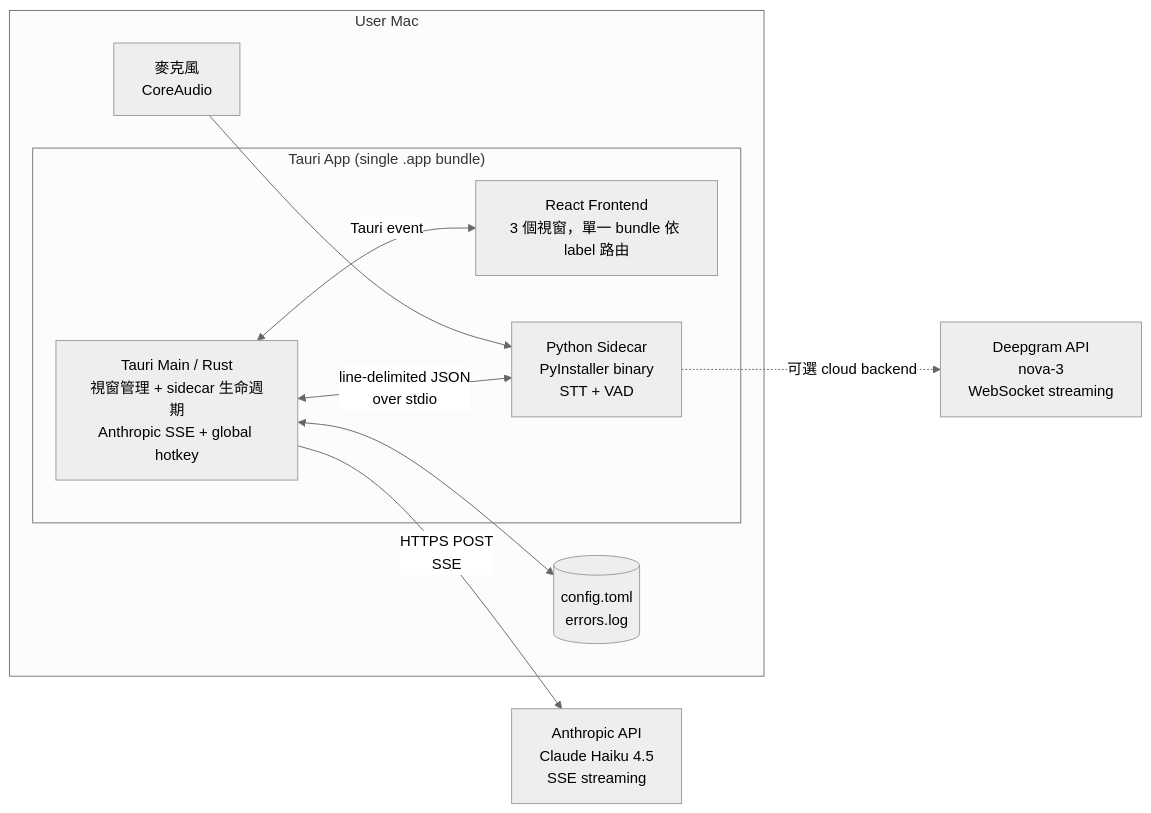
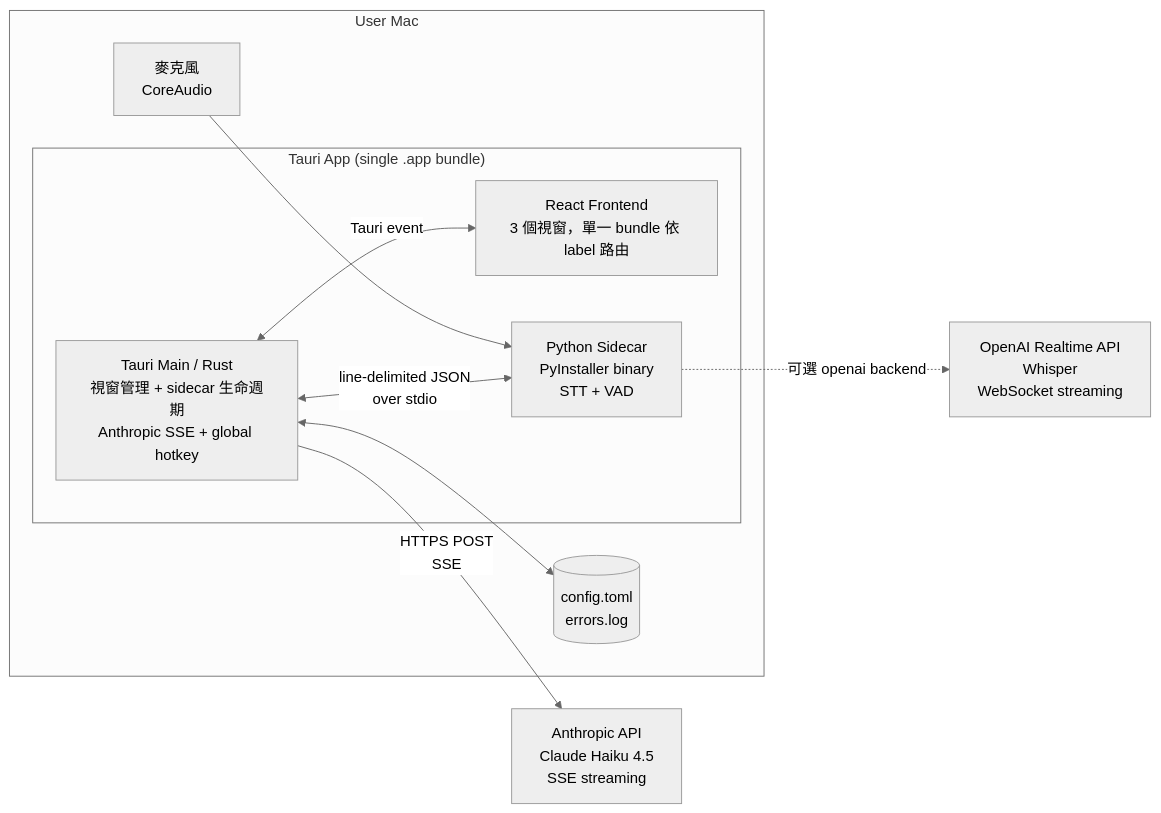
Before and after one commit to yeevclaw/MeetingCast: the first of 6 diagrams in docs/ARCHITECTURE.md, drawn with Mermaid (neutral theme). The commit also changed other lines of this file and 27 other files, not shown here.

First line of the commit message:
refactor(stt): remove Deepgram cloud backend end-to-end

````diff
--- a/docs/ARCHITECTURE.md
+++ b/docs/ARCHITECTURE.md
@@ -9,22 +9,22 @@
 ```mermaid
 flowchart LR
     subgraph "User Mac"
         subgraph "Tauri App (single .app bundle)"
             R[Tauri Main / Rust<br/>視窗管理 + sidecar 生命週期<br/>Anthropic SSE + global hotkey]
             F[React Frontend<br/>3 個視窗，單一 bundle 依 label 路由]
             P[Python Sidecar<br/>PyInstaller binary<br/>STT + VAD]
             R <-->|Tauri event| F
             R <-->|line-delimited JSON<br/>over stdio| P
         end
         Mic[麥克風<br/>CoreAudio]
         Cfg[(config.toml<br/>errors.log)]
         Mic --> P
         R <--> Cfg
     end
 
     Anthropic[Anthropic API<br/>Claude Haiku 4.5<br/>SSE streaming]
-    Deepgram[Deepgram API<br/>nova-3<br/>WebSocket streaming]
+    OpenAI[OpenAI Realtime API<br/>Whisper<br/>WebSocket streaming]
 
     R -->|HTTPS POST<br/>SSE| Anthropic
-    P -.->|可選 cloud backend| Deepgram
+    P -.->|可選 openai backend| OpenAI
 ```
````
